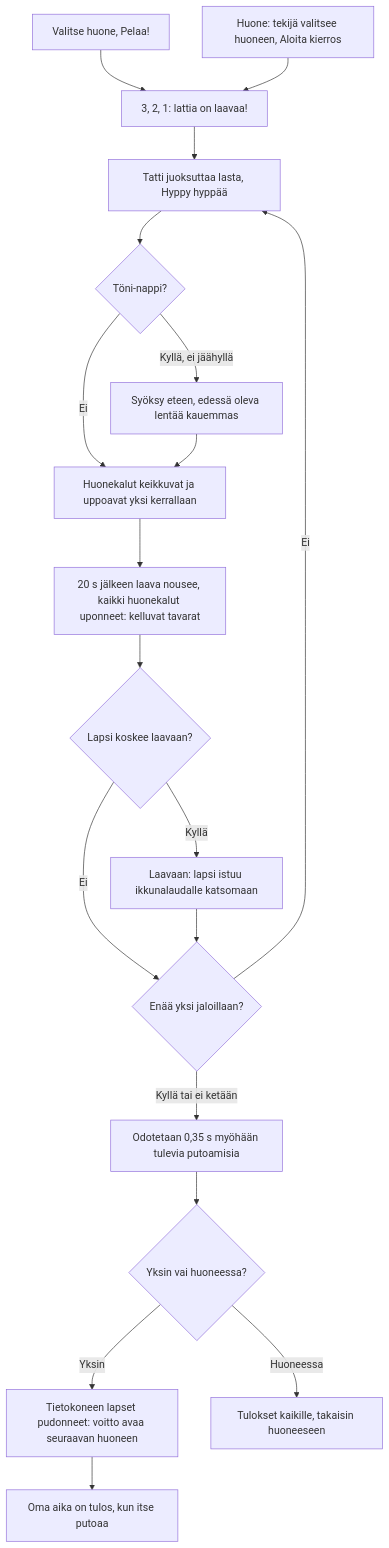
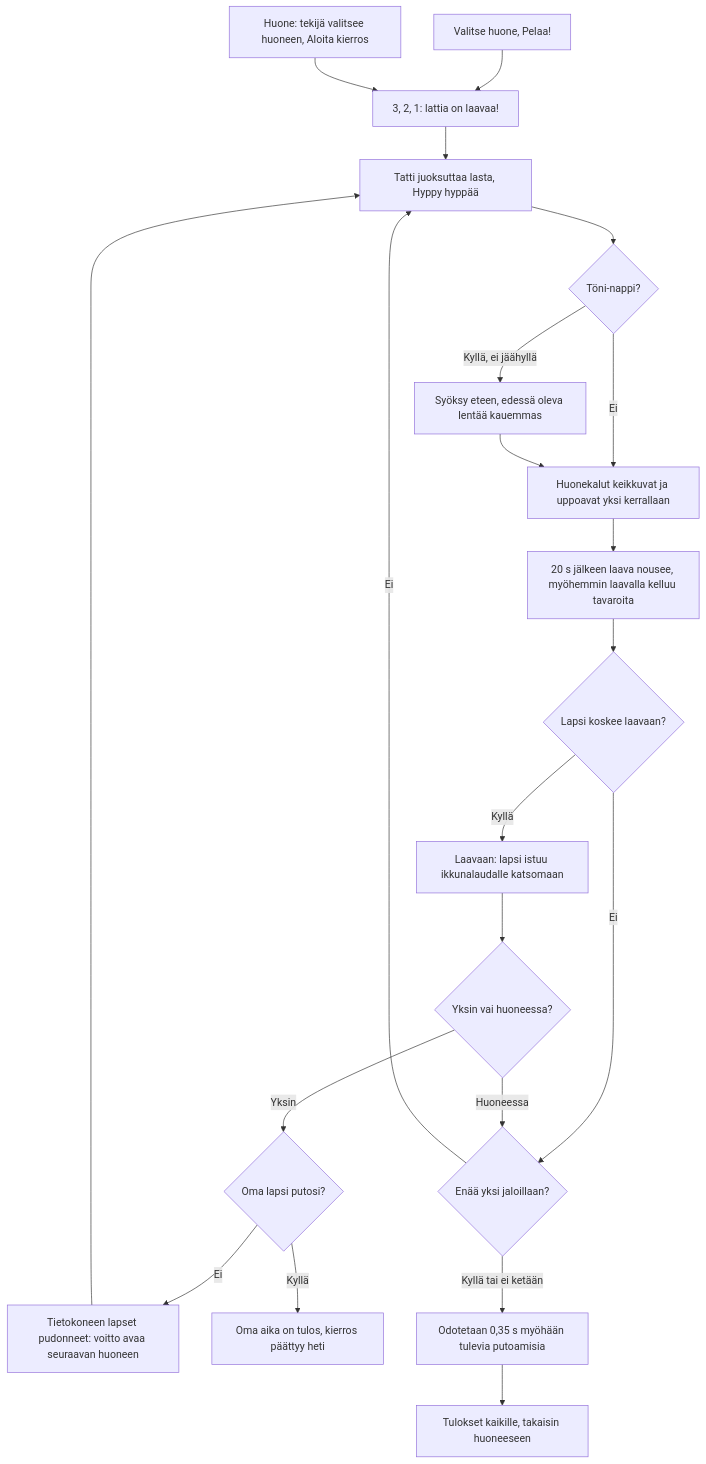
The diagram in docs/diagrams/lattia-on-laavaa.md (eerovil/ai-pelit), drawn with Mermaid before and after one commit. The commit also changed other lines of this file and 5 other files, not shown here.

````diff
--- a/docs/diagrams/lattia-on-laavaa.md
+++ b/docs/diagrams/lattia-on-laavaa.md
@@ -9,27 +9,29 @@
 ```mermaid
 flowchart TD
   A[Valitse huone, Pelaa!] --> B[3, 2, 1: lattia on laavaa!]
   R[Huone: tekijä valitsee huoneen, Aloita kierros] --> B
   B --> C[Tatti juoksuttaa lasta, Hyppy hyppää]
   C --> D{Töni-nappi?}
   D -- Kyllä, ei jäähyllä --> E[Syöksy eteen, edessä oleva lentää kauemmas]
   D -- Ei --> F
   E --> F[Huonekalut keikkuvat ja uppoavat yksi kerrallaan]
-  F --> G[20 s jälkeen laava nousee, kaikki huonekalut uponneet: kelluvat tavarat]
+  F --> G[20 s jälkeen laava nousee, myöhemmin laavalla kelluu tavaroita]
   G --> H{Lapsi koskee laavaan?}
   H -- Ei --> K
   H -- Kyllä --> I[Laavaan: lapsi istuu ikkunalaudalle katsomaan]
-  I --> K{Enää yksi jaloillaan?}
+  I --> M{Yksin vai huoneessa?}
+  M -- Yksin --> S{Oma lapsi putosi?}
+  S -- Ei --> N[Tietokoneen lapset pudonneet: voitto avaa seuraavan huoneen]
+  N --> C
+  S -- Kyllä --> O[Oma aika on tulos, kierros päättyy heti]
+  M -- Huoneessa --> K{Enää yksi jaloillaan?}
   K -- Ei --> C
   K -- Kyllä tai ei ketään --> L[Odotetaan 0,35 s myöhään tulevia putoamisia]
-  L --> M{Yksin vai huoneessa?}
-  M -- Yksin --> N[Tietokoneen lapset pudonneet: voitto avaa seuraavan huoneen]
-  N --> O[Oma aika on tulos, kun itse putoaa]
-  M -- Huoneessa --> Q[Tulokset kaikille, takaisin huoneeseen]
+  L --> Q[Tulokset kaikille, takaisin huoneeseen]
   class A,B,C blue
-  class D,H,K,M amber
+  class D,H,K,M,S amber
   class E teal
   class F,G,I rose
   class R,Q,L violet
   class N,O green
 ```
````
